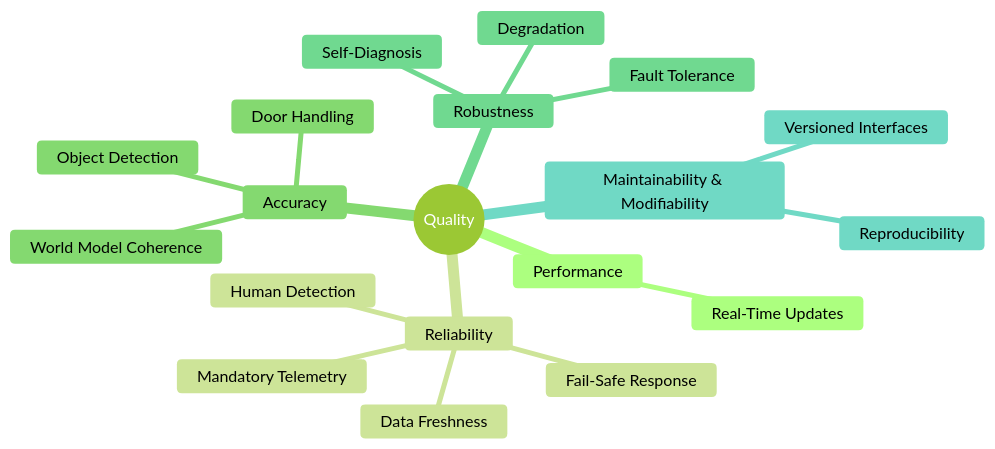
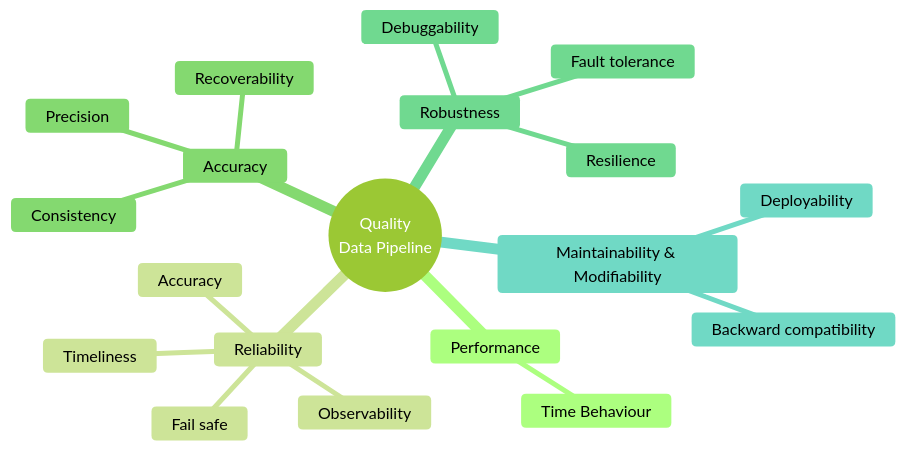
Before and after one commit to una-auxme/arlab: the second of 6 diagrams in doc/10. Quality Requirements.md, drawn with Mermaid (forest theme). The commit also changed other lines of this file, not shown here.

Commit message:
'10. Quality Requirements.md' - All tables and graphics improved.

````diff
--- a/doc/10. Quality Requirements.md
+++ b/doc/10. Quality Requirements.md
@@ -46,22 +43,23 @@
 ```mermaid
 mindmap
-  root((Quality))
+  root((Quality
+        Data Pipeline))
     Performance 
-      Real-Time Updates
+      Time Behaviour
     Reliability
-      Human Detection
-      Fail-Safe Response
-      Data Freshness 
-      Mandatory Telemetry
+      Accuracy
+      Fail safe
+      Timeliness
+      Observability
     Accuracy
-      Object Detection
-      Door Handling
-      World Model Coherence
+      Precision
+      Recoverability
+      Consistency
     Robustness
-      Degradation
-      Fault Tolerance
-      Self-Diagnosis
+      Resilience
+      Fault tolerance	
+      Debuggability
     Maintainability & Modifiability
-      Versioned Interfaces
-      Reproducibility
+      Backward compatibility	
+      Deployability
 ```
````
